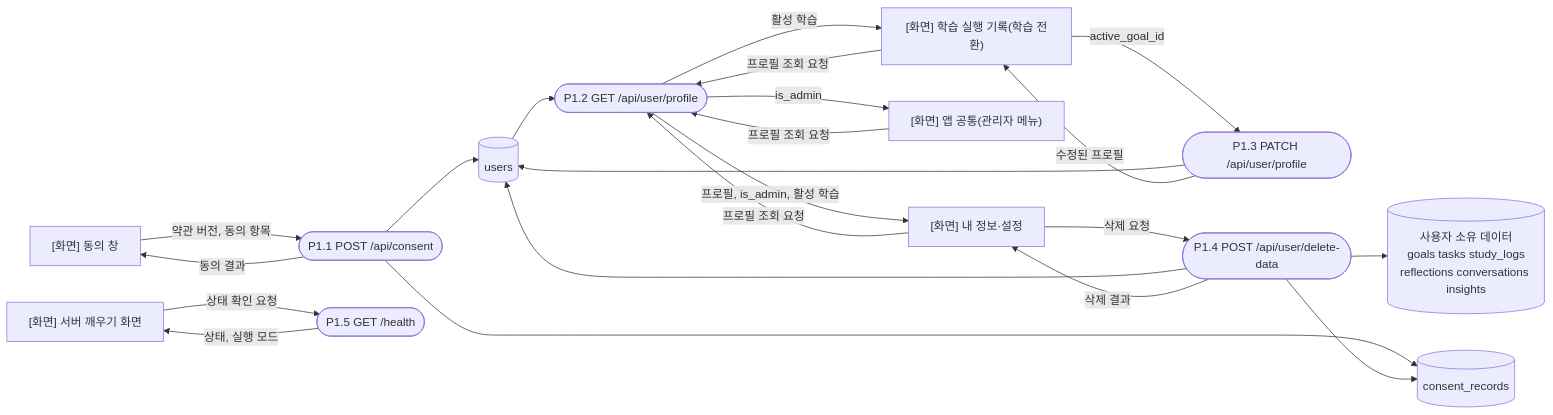
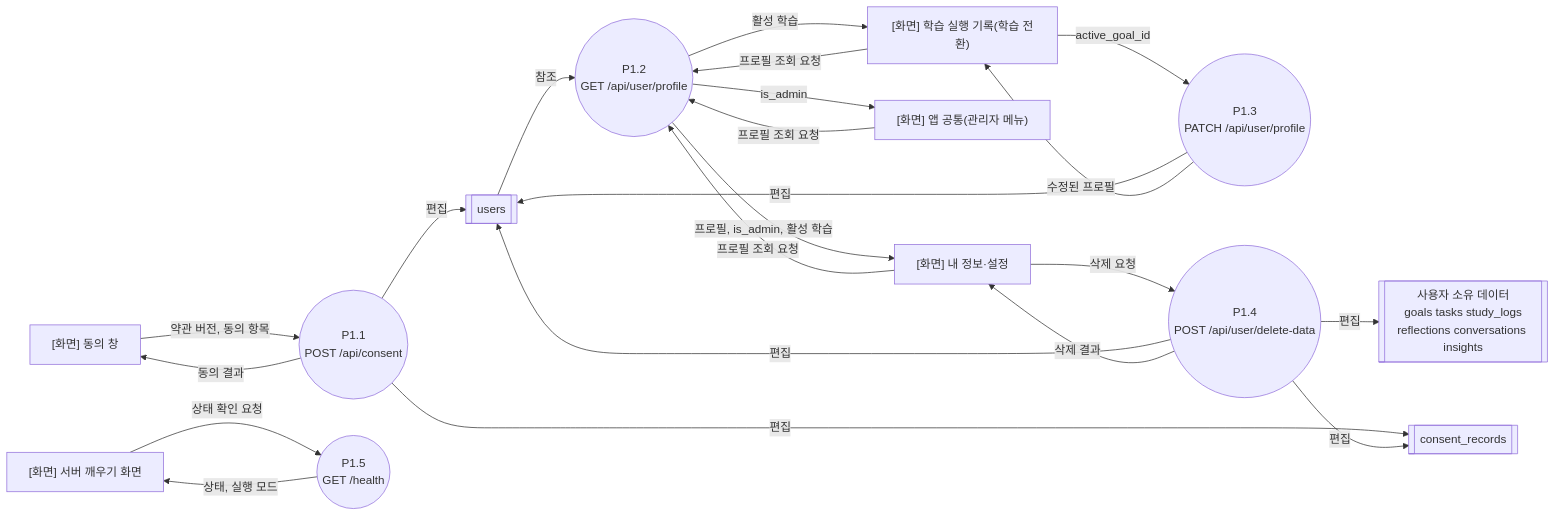
The fifth of 13 diagrams in docs/architecture_dfd.md (yong05610/ai-n-fprj), drawn with Mermaid before and after one commit. The commit also changed other lines of this file, not shown here.

Commit message:
docs: DFD notation per user spec - level 0 context circle with organization terminals; level 1-2 circles, screen terminals, band data stores, curved flows labelled reference/edit

````diff
--- a/docs/architecture_dfd.md
+++ b/docs/architecture_dfd.md
@@ -269,38 +265,38 @@
 ```mermaid
+%%{init: {"flowchart": {"curve": "basis"}}}%%
 flowchart LR
     S1["[화면] 동의 창"]
     S2["[화면] 내 정보·설정"]
     S3["[화면] 앱 공통(관리자 메뉴)"]
     S4["[화면] 학습 실행 기록(학습 전환)"]
     S5["[화면] 서버 깨우기 화면"]
-    P11(["P1.1 POST /api/consent"])
-    P12(["P1.2 GET /api/user/profile"])
-    P13(["P1.3 PATCH /api/user/profile"])
-    P14(["P1.4 POST /api/user/delete-data"])
-    P15(["P1.5 GET /health"])
-    DU[("users")]
-    DC[("consent_records")]
-    DO[("사용자 소유 데이터<br/>goals tasks study_logs<br/>reflections conversations insights")]
-
+    P11(("P1.1<br/>POST /api/consent"))
+    P12(("P1.2<br/>GET /api/user/profile"))
+    P13(("P1.3<br/>PATCH /api/user/profile"))
+    P14(("P1.4<br/>POST /api/user/delete-data"))
+    P15(("P1.5<br/>GET /health"))
+    DU[["users"]]
+    DC[["consent_records"]]
+    DO[["사용자 소유 데이터<br/>goals tasks study_logs<br/>reflections conversations insights"]]
     S1 -->|"약관 버전, 동의 항목"| P11
     P11 -->|"동의 결과"| S1
-    P11 --> DU
-    P11 --> DC
+    P11 -->|"편집"| DU
+    P11 -->|"편집"| DC
     S2 -->|"프로필 조회 요청"| P12
     S3 -->|"프로필 조회 요청"| P12
     S4 -->|"프로필 조회 요청"| P12
-    DU --> P12
+    DU -->|"참조"| P12
     P12 -->|"프로필, is_admin, 활성 학습"| S2
     P12 -->|"is_admin"| S3
     P12 -->|"활성 학습"| S4
     S4 -->|"active_goal_id"| P13
-    P13 --> DU
+    P13 -->|"편집"| DU
     P13 -->|"수정된 프로필"| S4
     S2 -->|"삭제 요청"| P14
-    P14 --> DU
-    P14 --> DC
-    P14 --> DO
+    P14 -->|"편집"| DU
+    P14 -->|"편집"| DC
+    P14 -->|"편집"| DO
     P14 -->|"삭제 결과"| S2
     S5 -->|"상태 확인 요청"| P15
     P15 -->|"상태, 실행 모드"| S5
 ```
````
